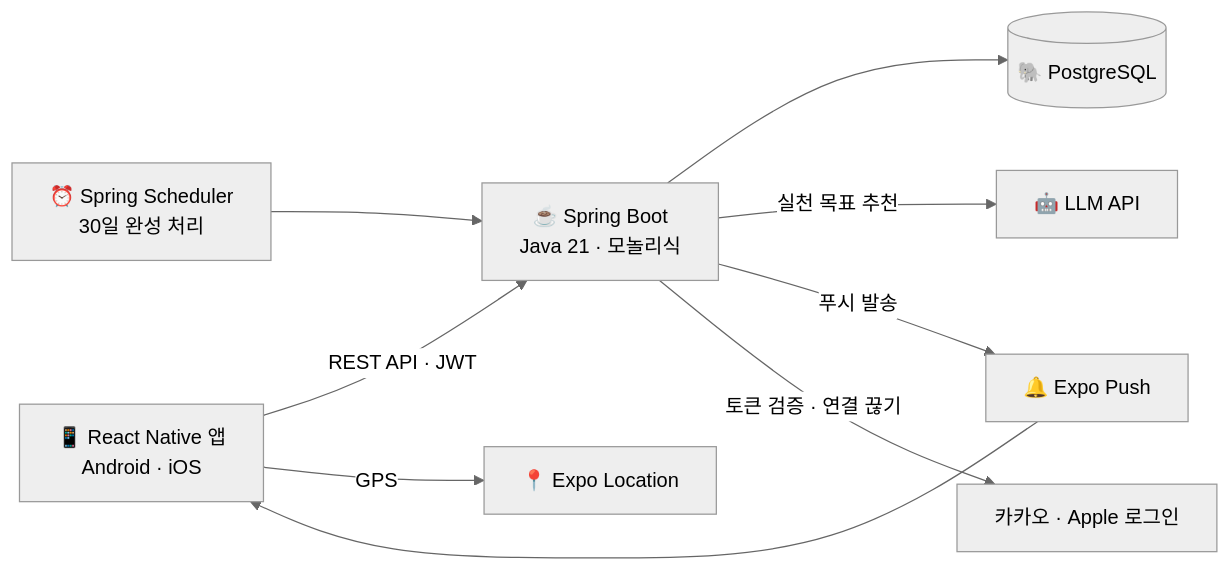
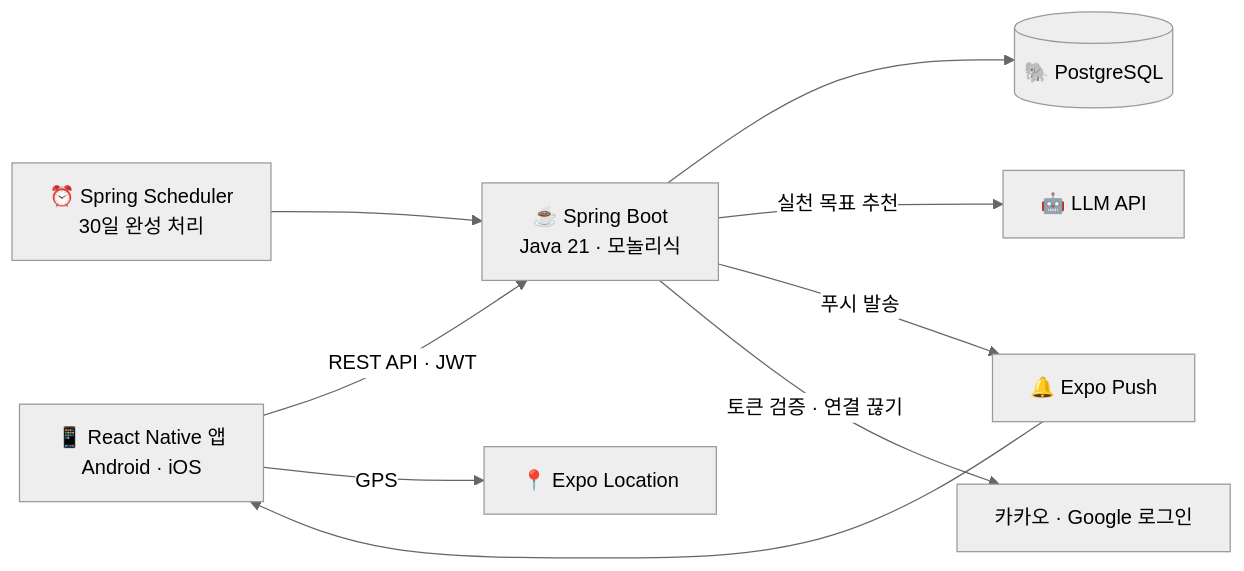
Before and after one commit to han-gajiman/frontend: the first of 2 diagrams in docs/기능명세서.md, drawn with Mermaid (neutral theme). The commit also changed other lines of this file and 8 other files, not shown here.

First line of the commit message:
feat: Google 로그인 버튼 추가, Apple 제외 반영 (AUTH-01)

````diff
--- a/docs/기능명세서.md
+++ b/docs/기능명세서.md
@@ -11,11 +11,11 @@
 ```mermaid
 flowchart LR
 	APP["📱 React Native 앱<br>Android · iOS"] -->|"REST API · JWT"| API["☕ Spring Boot<br>Java 21 · 모놀리식"]
 	API --> DB[("🐘 PostgreSQL")]
 	API -->|"실천 목표 추천"| LLM["🤖 LLM API"]
 	API -->|"푸시 발송"| PUSH["🔔 Expo Push"]
 	PUSH --> APP
-	API -->|"토큰 검증 · 연결 끊기"| SOCIAL["카카오 · Apple 로그인"]
+	API -->|"토큰 검증 · 연결 끊기"| SOCIAL["카카오 · Google 로그인"]
 	APP -->|"GPS"| LOC["📍 Expo Location"]
 	SCH["⏰ Spring Scheduler<br>30일 완성 처리"] --> API
 ```
````
